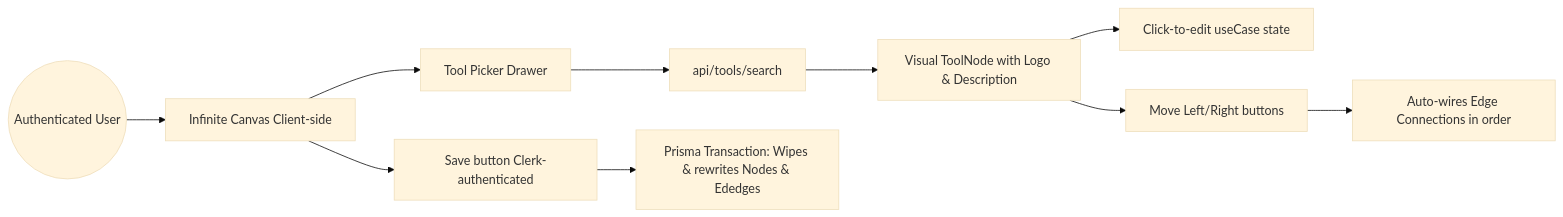
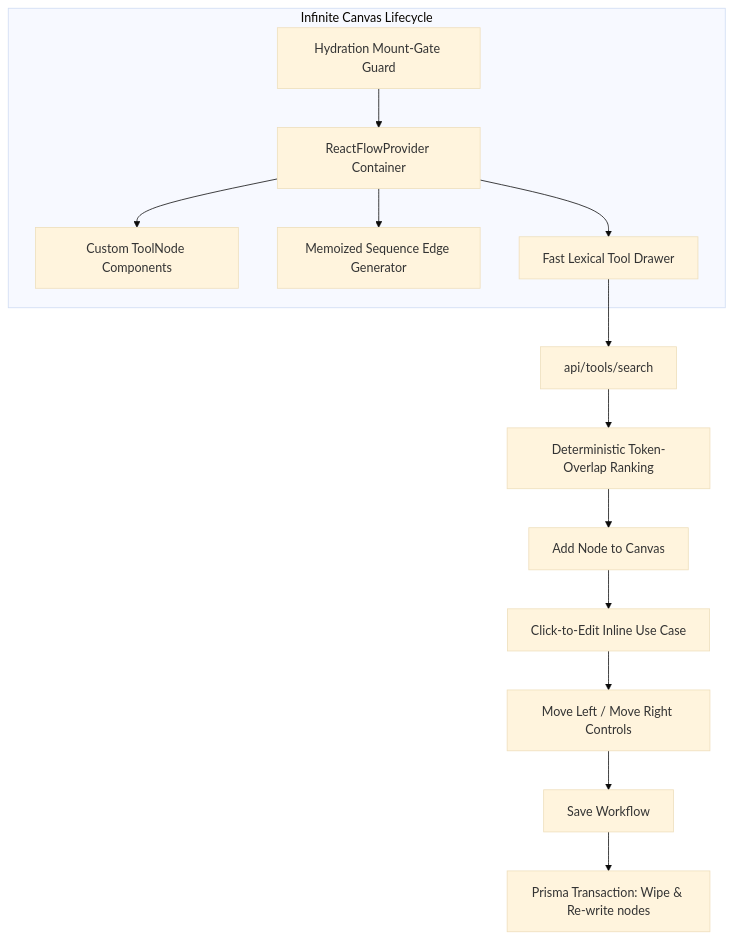
The third of 3 diagrams in README.md (Nyx-abu/nori), drawn with Mermaid (base theme) before and after one commit. The commit also changed other lines of this file and 1 other file, not shown here.

````diff
--- a/README.md
+++ b/README.md
@@ -80,13 +137,19 @@
 ```mermaid
-graph LR
-    %% Infinite Canvas Interaction
-    User((Authenticated User)) --> Canvas[Infinite Canvas Client-side]
-    Canvas --> NodePicker[Tool Picker Drawer]
-    NodePicker --> SearchAPI[api/tools/search]
-    SearchAPI --> Node[Visual ToolNode with Logo & Description]
-    Node --> EditUseCase[Click-to-edit useCase state]
-    Node --> Reorder[Move Left/Right buttons]
-    Reorder --> Edges[Auto-wires Edge Connections in order]
-    Canvas --> Save[Save button Clerk-authenticated]
-    Save --> Transaction[Prisma Transaction: Wipes & rewrites Nodes & Ededges]
+graph TD
+    %% React Flow Canvas architecture
+    subgraph Canvas [Infinite Canvas Lifecycle]
+        Init[Hydration Mount-Gate Guard] --> ReactFlow[ReactFlowProvider Container]
+        ReactFlow --> CustomNode[Custom ToolNode Components]
+        ReactFlow --> EdgeGen[Memoized Sequence Edge Generator]
+        ReactFlow --> Drawer[Fast Lexical Tool Drawer]
+    end
+    
+    Drawer --> LexicalSearch[api/tools/search]
+    LexicalSearch --> Ranking[Deterministic Token-Overlap Ranking]
+    Ranking --> DragNode[Add Node to Canvas]
+    
+    DragNode --> ClickEdit[Click-to-Edit Inline Use Case]
+    ClickEdit --> Reorder[Move Left / Move Right Controls]
+    Reorder --> Save[Save Workflow]
+    Save --> Transaction[Prisma Transaction: Wipe & Re-write nodes]
 ```
````
